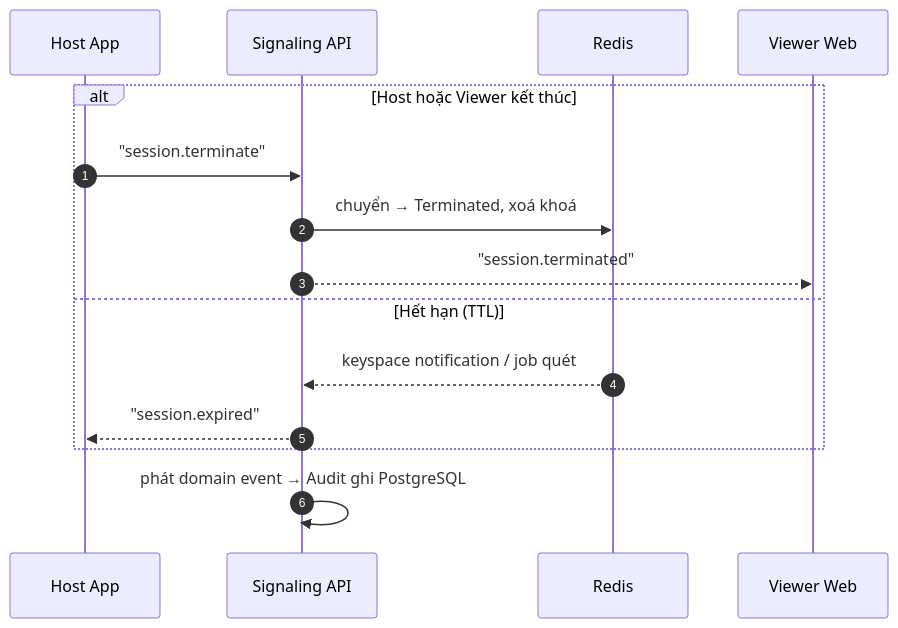
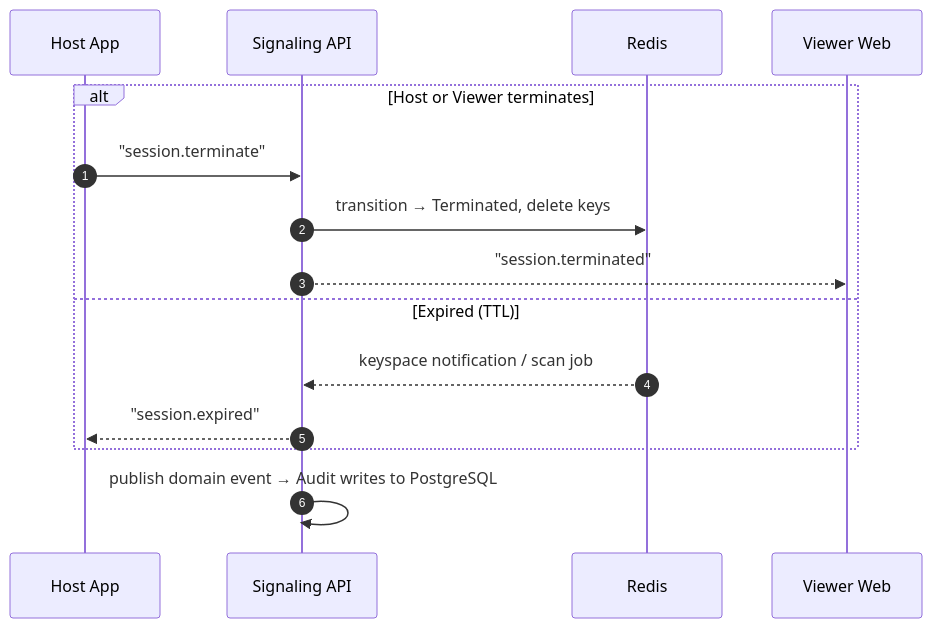
One commit to dunguyen-311201/PBL4 changed the sixth of 7 diagrams in docs/01-hld.md. Above: the diagram before and after it, drawn with Mermaid. The commit also changed other lines of this file and 4 other files, not shown here.

````diff
--- a/docs/01-hld.md
+++ b/docs/01-hld.md
@@ -147,18 +147,18 @@
 ```mermaid
 sequenceDiagram
     autonumber
     participant H as Host App
     participant A as Signaling API
     participant R as Redis
     participant V as Viewer Web
 
-    alt Host hoặc Viewer kết thúc
+    alt Host or Viewer terminates
         H->>A: "session.terminate"
-        A->>R: chuyển → Terminated, xoá khoá
+        A->>R: transition → Terminated, delete keys
         A-->>V: "session.terminated"
-    else Hết hạn (TTL)
-        R-->>A: keyspace notification / job quét
+    else Expired (TTL)
+        R-->>A: keyspace notification / scan job
         A-->>H: "session.expired"
     end
-    A->>A: phát domain event → Audit ghi PostgreSQL
+    A->>A: publish domain event → Audit writes to PostgreSQL
 ```
````
